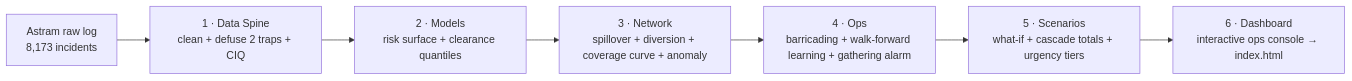
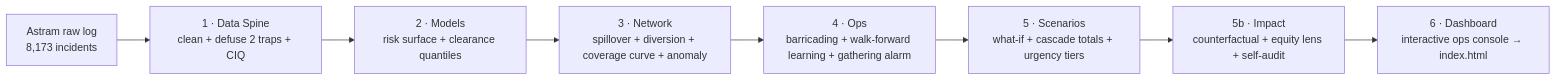
Before and after one commit to Deepikachintamreddy/saarthi-traffic-allocator: the diagram in README.md, drawn with Mermaid. The commit also changed other lines of this file, not shown here.

Commit message:
Update README.md architecture diagram and directory layout to show 5b_impact.py

````diff
--- a/README.md
+++ b/README.md
@@ -111,9 +111,10 @@
 ```mermaid
 flowchart LR
     A[Astram raw log<br/>8,173 incidents] --> B[1 · Data Spine<br/>clean + defuse 2 traps + CIQ]
     B --> C[2 · Models<br/>risk surface + clearance quantiles]
     C --> D[3 · Network<br/>spillover + diversion + coverage curve + anomaly]
     D --> E[4 · Ops<br/>barricading + walk-forward learning + gathering alarm]
     E --> F[5 · Scenarios<br/>what-if + cascade totals + urgency tiers]
-    F --> G[6 · Dashboard<br/>interactive ops console → index.html]
+    F --> G[5b · Impact<br/>counterfactual + equity lens + self-audit]
+    G --> H[6 · Dashboard<br/>interactive ops console → index.html]
 ```
````
